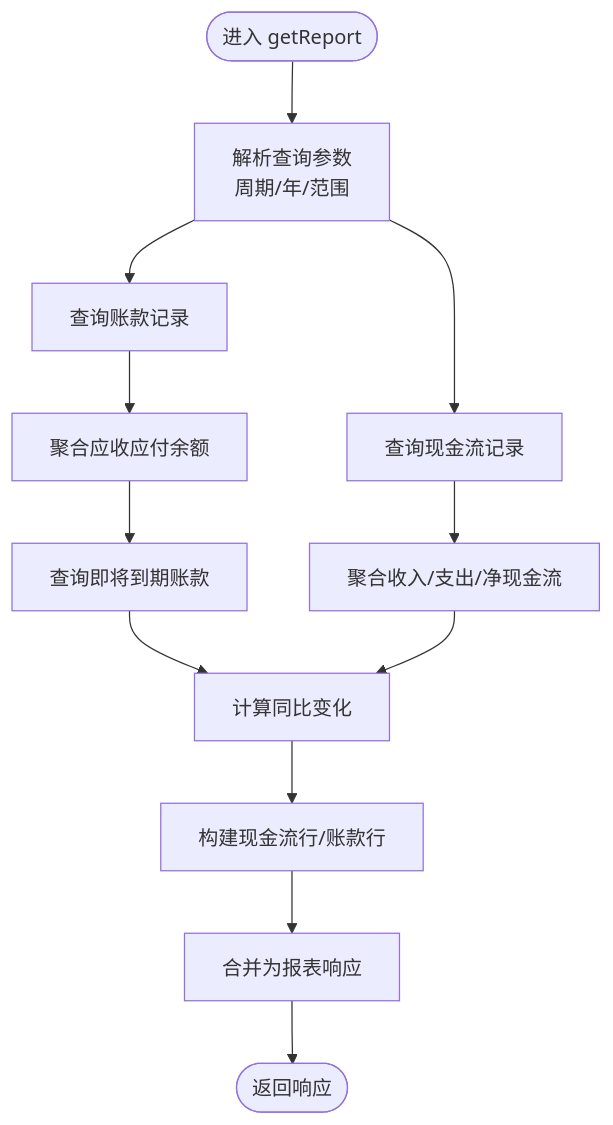
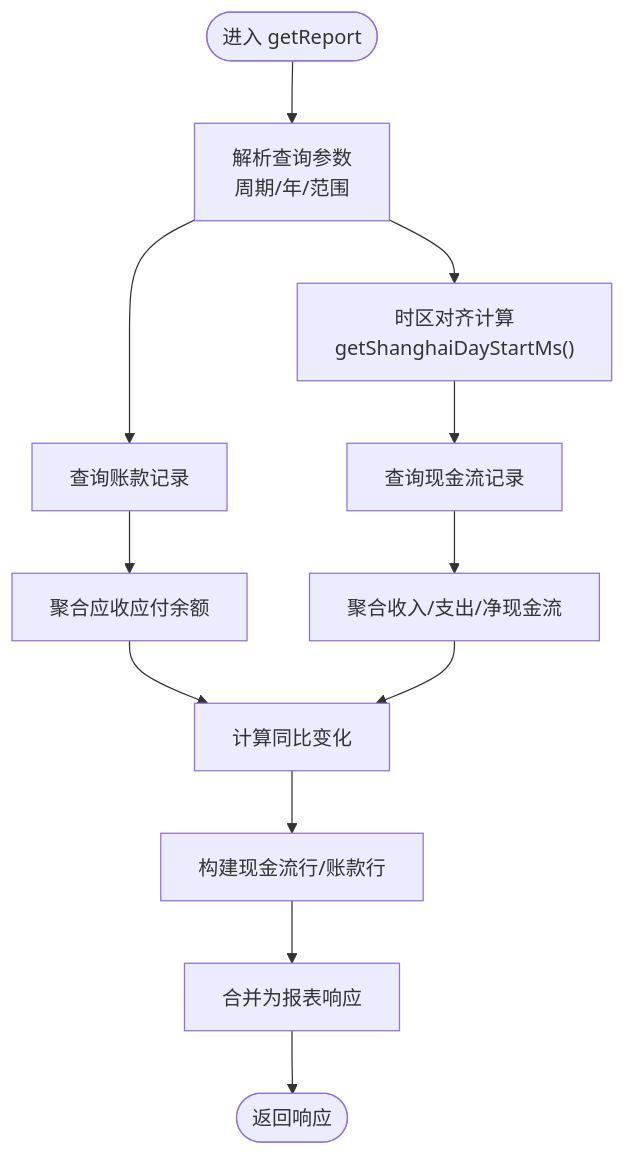
One commit to rc558620/purelyprofit-server changed the third of 8 diagrams in .qoder/repowiki/zh/content/业务模块/财务管理模块/财务报表.md. Above: the diagram before and after it, drawn with Mermaid. The commit also changed other lines of this file and 25 other files, not shown here.

````diff
--- a/.qoder/repowiki/zh/content/业务模块/财务管理模块/财务报表.md
+++ b/.qoder/repowiki/zh/content/业务模块/财务管理模块/财务报表.md
@@ -218,14 +223,14 @@
 ```mermaid
 flowchart TD
 Start(["进入 getReport"]) --> Parse["解析查询参数<br/>周期/年/范围"]
-Parse --> FetchCF["查询现金流记录"]
+Parse --> TimeAlign["时区对齐计算<br/>getShanghaiDayStartMs()"]
+TimeAlign --> FetchCF["查询现金流记录"]
 Parse --> FetchAcc["查询账款记录"]
 FetchCF --> Sum["聚合收入/支出/净现金流"]
 FetchAcc --> AccSum["聚合应收应付余额"]
-AccSum --> Upcoming["查询即将到期账款"]
-Upcoming --> Compare["计算同比变化"]
+AccSum --> Compare["计算同比变化"]
 Sum --> Compare
 Compare --> BuildRows["构建现金流行/账款行"]
 BuildRows --> Merge["合并为报表响应"]
 Merge --> End(["返回响应"])
 ```
````
